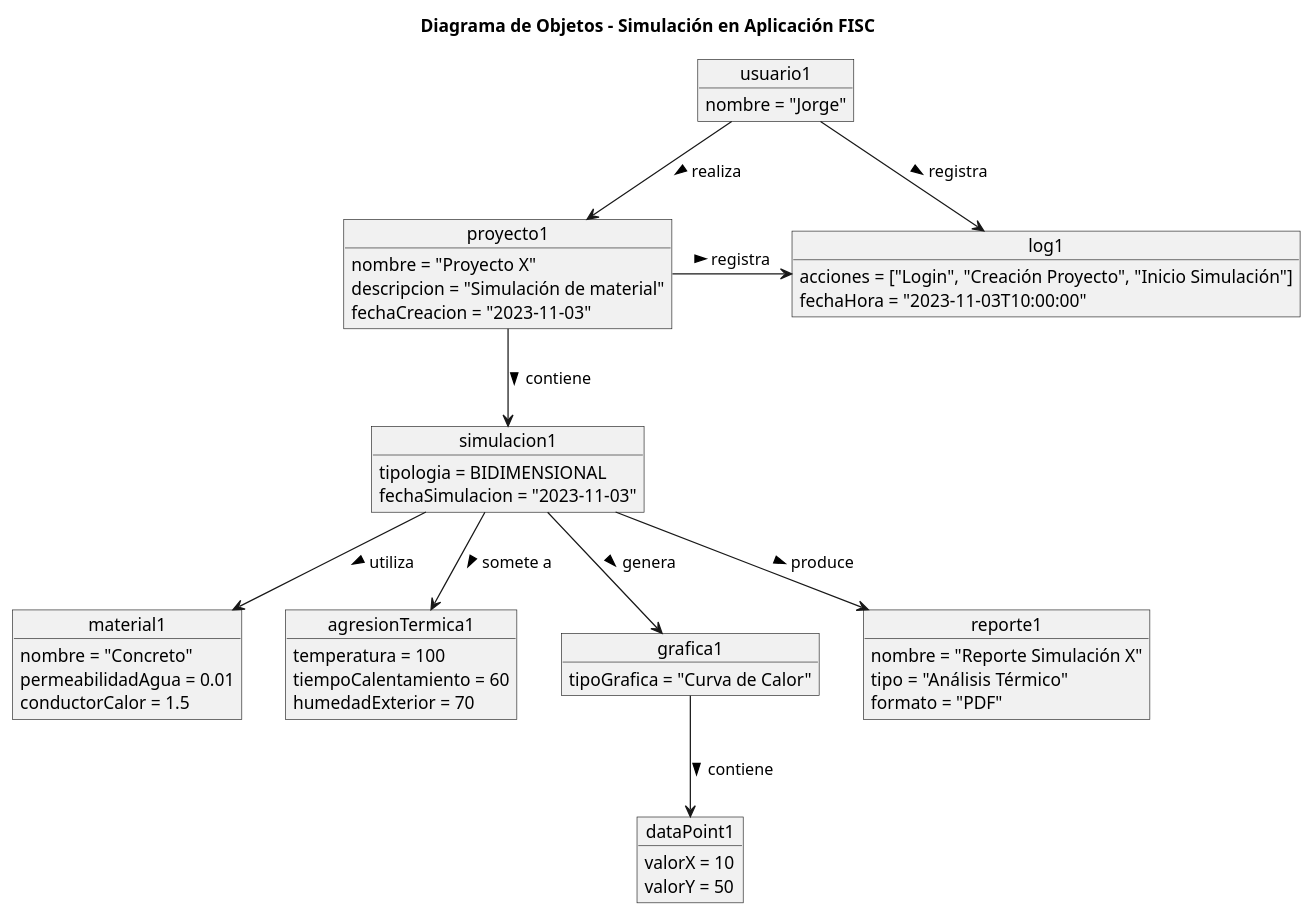
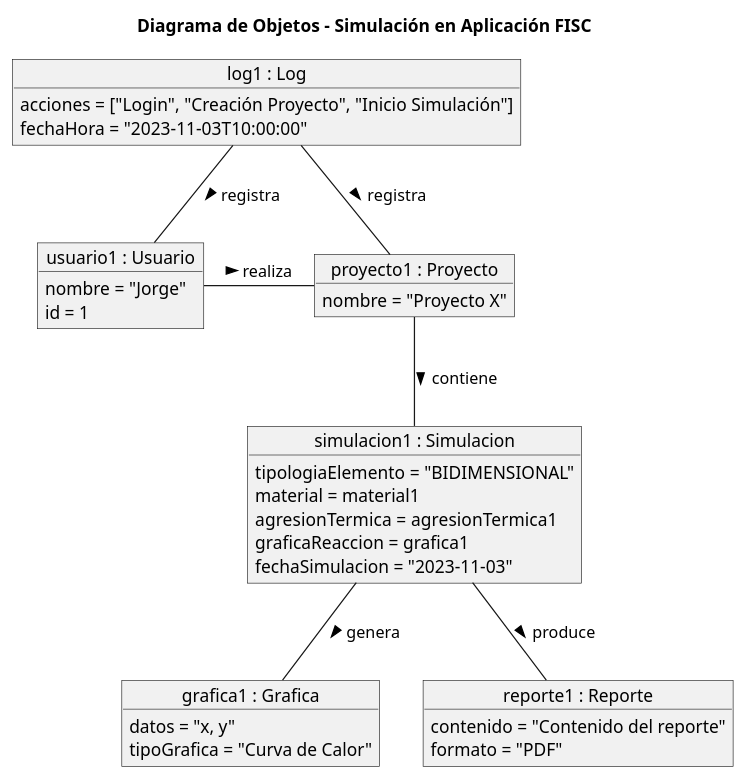
Before and after one commit to mmasias/23-24-IdSw1-SDR: the diagram in modelosUML/diagramaObjetos.puml, drawn with PlantUML. The commit also changed 3 other files, not shown here.

Commit message:
arreglos diagrama de objetos y estados

```diff
--- a/modelosUML/diagramaObjetos.puml
+++ b/modelosUML/diagramaObjetos.puml
@@ -1,61 +1,44 @@
 @startuml
+
 title Diagrama de Objetos - Simulación en Aplicación FISC
 
-object usuario1 {
+object "usuario1 : Usuario" as usuario1 {
     nombre = "Jorge"
+    id = 1
 }
 
-object proyecto1 {
+object "proyecto1 : Proyecto" as proyecto1 {
     nombre = "Proyecto X"
-    descripcion = "Simulación de material"
-    fechaCreacion = "2023-11-03"
 }
 
-object simulacion1 {
-    tipologia = BIDIMENSIONAL
+object "simulacion1 : Simulacion" as simulacion1 {
+    tipologiaElemento = "BIDIMENSIONAL"
+    material = material1
+    agresionTermica = agresionTermica1
+    graficaReaccion = grafica1
     fechaSimulacion = "2023-11-03"
 }
 
-object material1 {
-    nombre = "Concreto"
-    permeabilidadAgua = 0.01
-    conductorCalor = 1.5
-}
-
-object agresionTermica1 {
-    temperatura = 100
-    tiempoCalentamiento = 60
-    humedadExterior = 70
-}
-
-object grafica1 {
+object "grafica1 : Grafica" as grafica1 {
+    datos = "x, y"
     tipoGrafica = "Curva de Calor"
 }
 
-object dataPoint1 {
-    valorX = 10
-    valorY = 50
-}
-
-object log1 {
+object "log1 : Log" as log1 {
     acciones = ["Login", "Creación Proyecto", "Inicio Simulación"]
     fechaHora = "2023-11-03T10:00:00"
 }
 
-object reporte1 {
-    nombre = "Reporte Simulación X"
-    tipo = "Análisis Térmico"
+object "reporte1 : Reporte" as reporte1 {
+    contenido = "Contenido del reporte"
     formato = "PDF"
 }
 
-usuario1 -down-> proyecto1 : "realiza >"
-proyecto1 -down-> simulacion1 : "contiene >"
-simulacion1 -down-> material1 : "utiliza >"
-simulacion1 -down-> agresionTermica1 : "somete a >"
-simulacion1 -down-> grafica1 : "genera >"
-simulacion1 -down-> reporte1 : "produce >"
-usuario1 -down-> log1 : "registra >"
-grafica1 -down-> dataPoint1 : "contiene >"
-proyecto1 -right-> log1 : "registra >"
+usuario1 - proyecto1 : "realiza >"
+proyecto1 -- simulacion1 : "contiene >"
+simulacion1 -- grafica1 : "genera >"
+simulacion1 -- reporte1 : "produce >"
+log1 -- usuario1: "registra >"
+log1 -- proyecto1 : "registra >"
 
 @enduml
```
